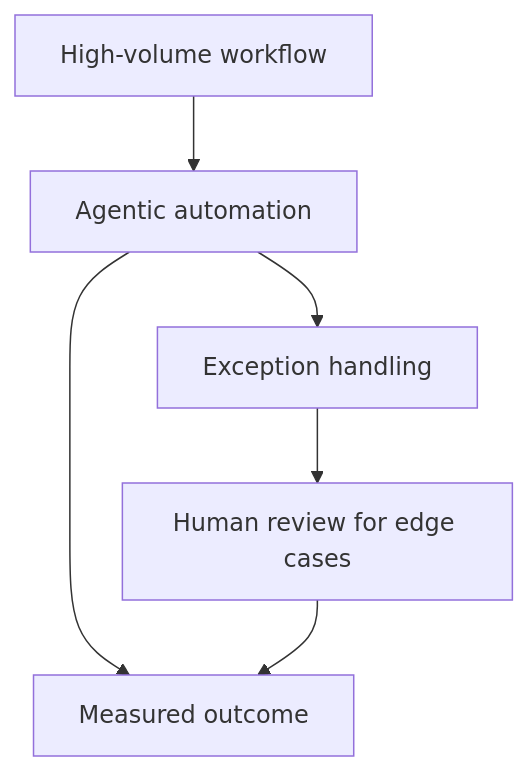
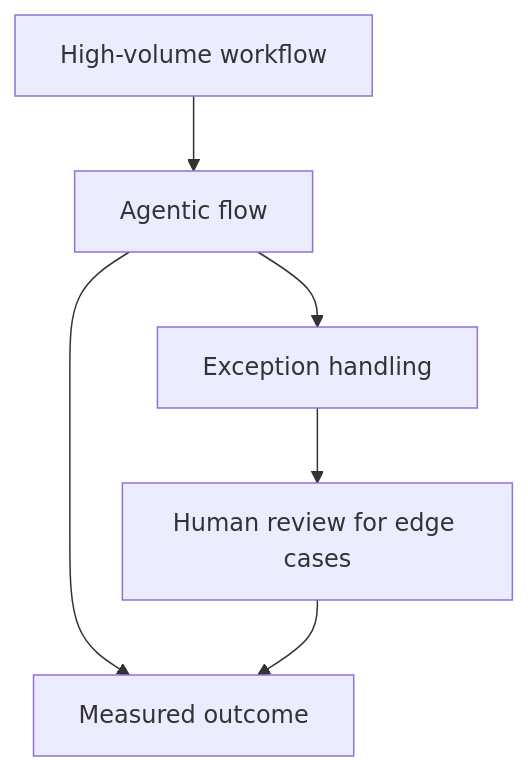
Diagram 12 of 13 in book/chapters/chapter-06-enterprise-adoption-of-agentic-ai.md (naren-allam/agents-beginners), drawn with Mermaid before and after one commit. The commit also changed other lines of this file and 28 other files, not shown here.

````diff
--- a/book/chapters/chapter-06-enterprise-adoption-of-agentic-ai.md
+++ b/book/chapters/chapter-06-enterprise-adoption-of-agentic-ai.md
@@ -367,14 +390,14 @@
 ```mermaid
 flowchart TD
     Workflow["High-volume workflow"]
-    Agent["Agentic automation"]
+    Flow["Agentic flow"]
     Exceptions["Exception handling"]
     Human["Human review for edge cases"]
     Outcome["Measured outcome"]
 
-    Workflow --> Agent
-    Agent --> Exceptions
+    Workflow --> Flow
+    Flow --> Exceptions
     Exceptions --> Human
-    Agent --> Outcome
+    Flow --> Outcome
     Human --> Outcome
 ```
````
